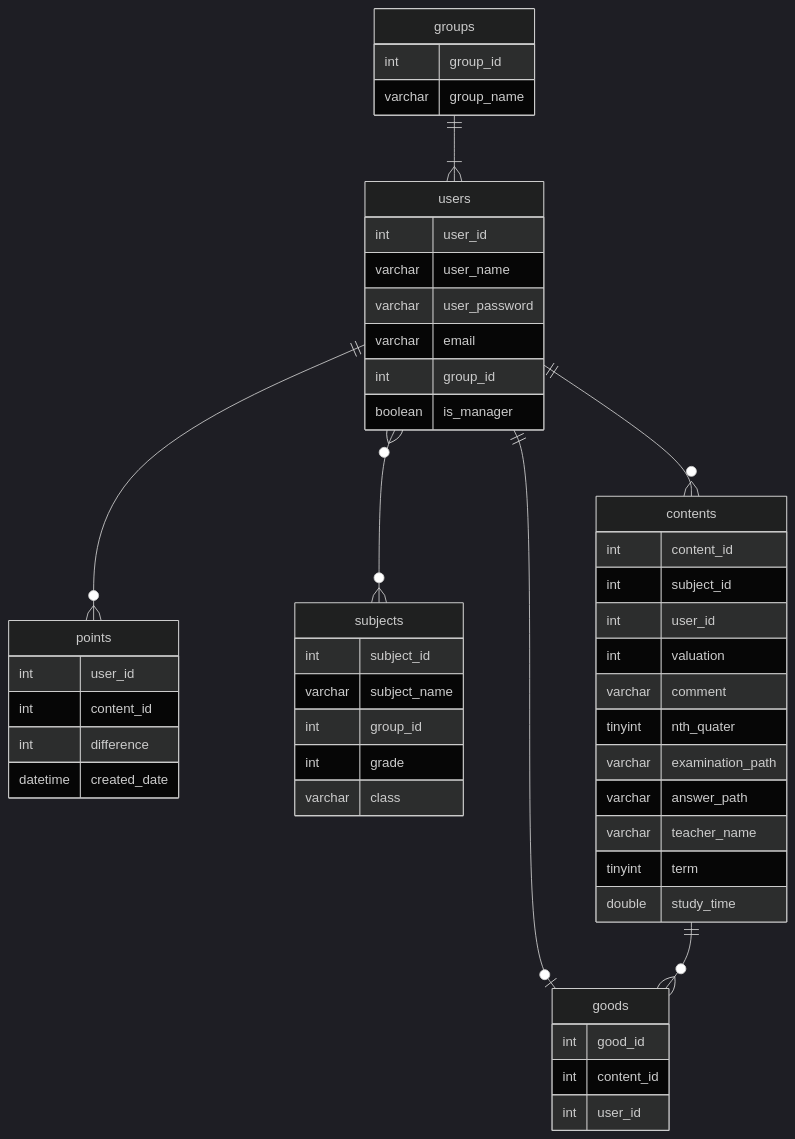
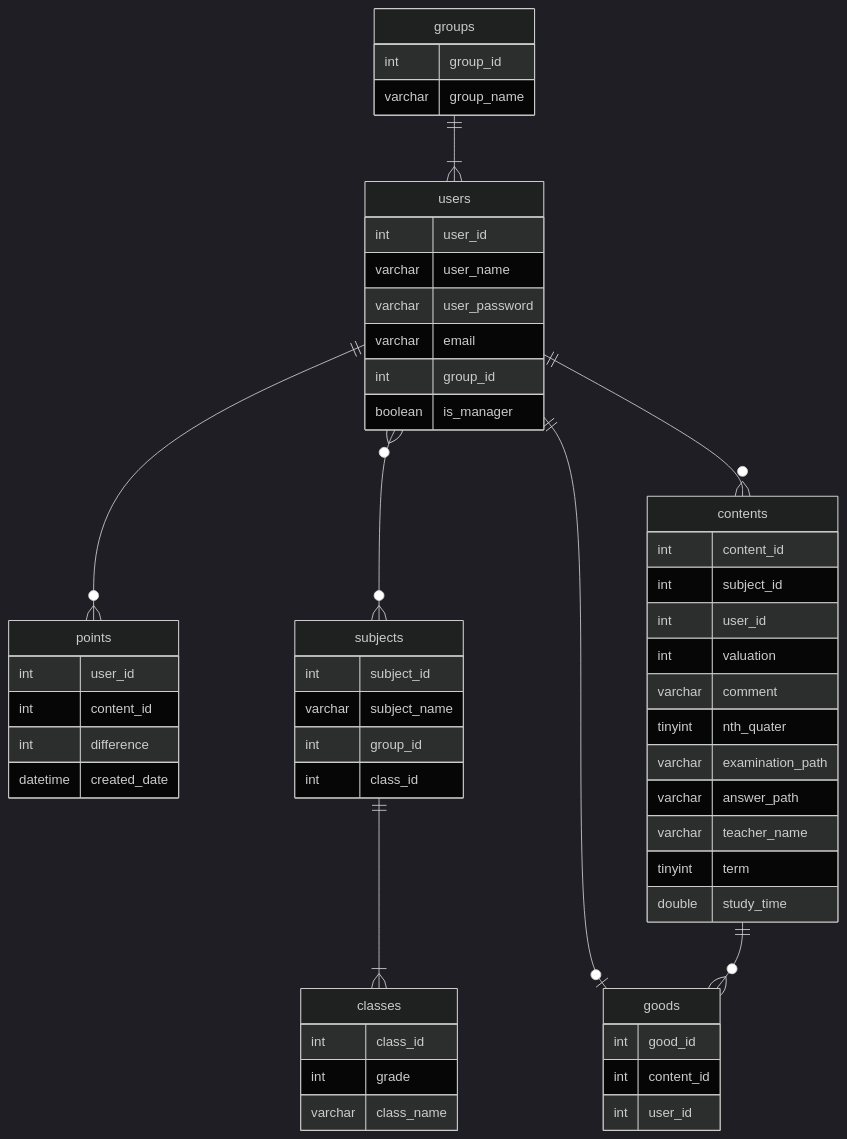
One commit to kinoshita0923/manabiba_backend changed the diagram in docs/ER.md. Above: the diagram before and after it, drawn with Mermaid (dark theme).

Commit message:
📝 ER図にclassesテーブルを作成

````diff
--- a/docs/ER.md
+++ b/docs/ER.md
@@ -1,58 +1,64 @@
 ```mermaid
 erDiagram
     groups {
         int group_id
         varchar group_name
     }
 
     users {
         int user_id
         varchar user_name
         varchar user_password
         varchar email
         int group_id
         boolean is_manager
     }
 
+    classes {
+        int class_id
+        int grade
+        varchar class_name
+    }
+
     points {
         int user_id
         int content_id
         int difference
         datetime created_date
     }
 
     subjects {
         int subject_id
         varchar subject_name
         int group_id
-        int grade
-        varchar class
+        int class_id
     }
 
     contents {
         int content_id
         int subject_id
         int user_id
         int valuation
         varchar comment
         tinyint nth_quater
         varchar examination_path
         varchar answer_path
         varchar teacher_name
         tinyint term
         double study_time
     }
 
     goods {
         int good_id
         int content_id
         int user_id
     }
 
     groups||--|{users: ""
     users||--o{points: ""
     users}o--o{subjects: ""
     users||--o{contents: ""
     users||--o|goods: ""
     contents||--o{goods: ""
+    subjects||--|{classes: ""
 ```
````
